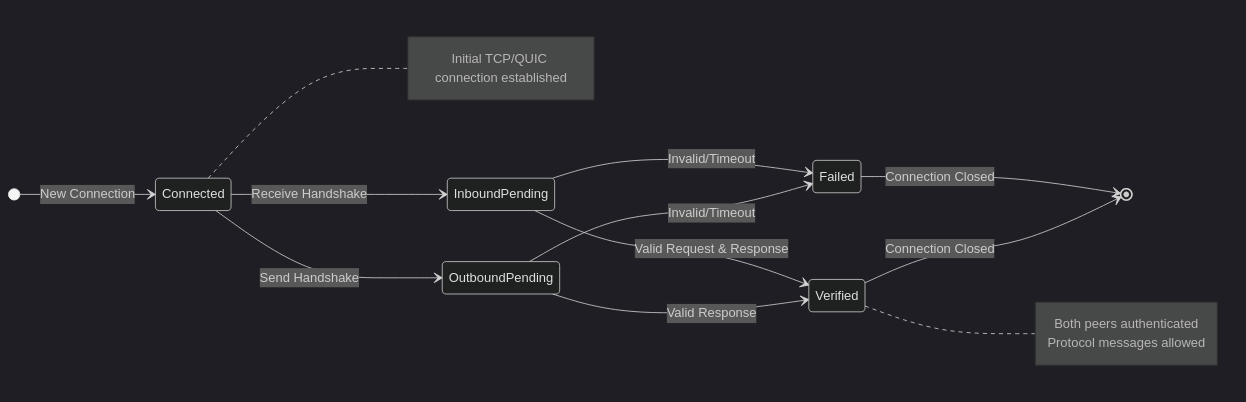
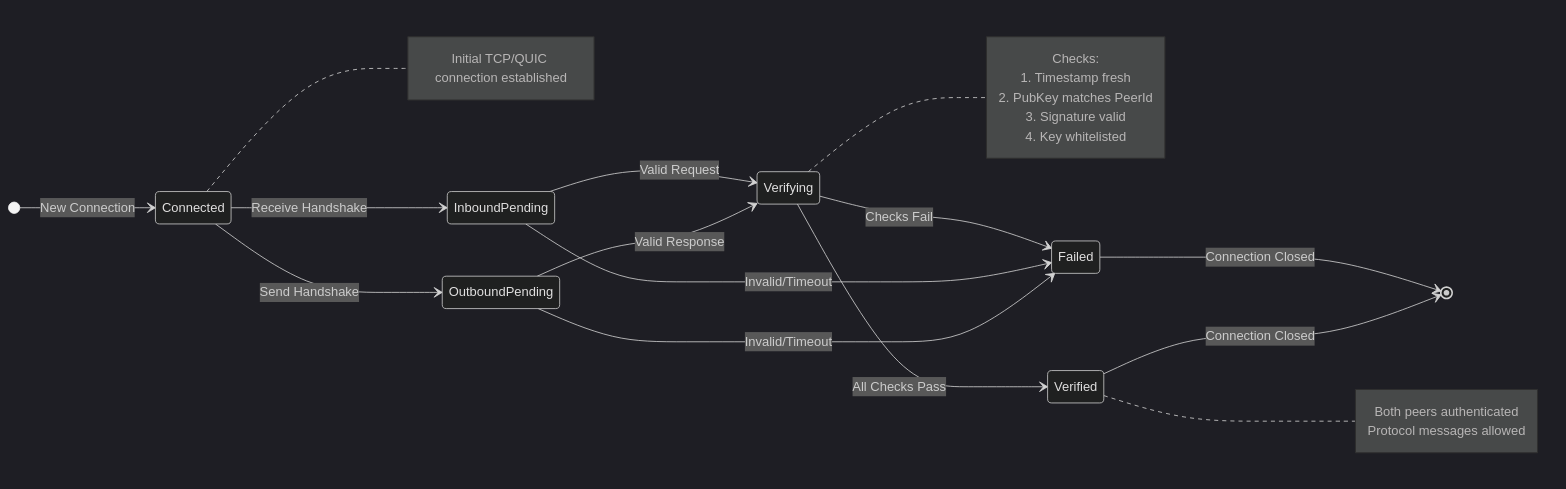
The second of 4 diagrams in crates/networking/README.md (tangle-network/gadget), drawn with Mermaid (dark theme) before and after one commit. The commit also changed other lines of this file and 5 other files, not shown here.

````diff
--- a/crates/networking/README.md
+++ b/crates/networking/README.md
@@ -38,26 +48,37 @@
 ```mermaid
 stateDiagram-v2
     direction LR
     [*] --> Connected: New Connection
 
     Connected --> OutboundPending: Send Handshake
     Connected --> InboundPending: Receive Handshake
 
-    OutboundPending --> Verified: Valid Response
+    OutboundPending --> Verifying: Valid Response
     OutboundPending --> Failed: Invalid/Timeout
 
-    InboundPending --> Verified: Valid Request & Response
+    InboundPending --> Verifying: Valid Request
     InboundPending --> Failed: Invalid/Timeout
+
+    Verifying --> Verified: All Checks Pass
+    Verifying --> Failed: Checks Fail
 
     Verified --> [*]: Connection Closed
     Failed --> [*]: Connection Closed
 
     note right of Connected
         Initial TCP/QUIC connection established
     end note
 
+    note right of Verifying
+        Checks:
+        1. Timestamp fresh
+        2. PubKey matches PeerId
+        3. Signature valid
+        4. Key whitelisted
+    end note
+
     note right of Verified
         Both peers authenticated
         Protocol messages allowed
     end note
 ```
````
